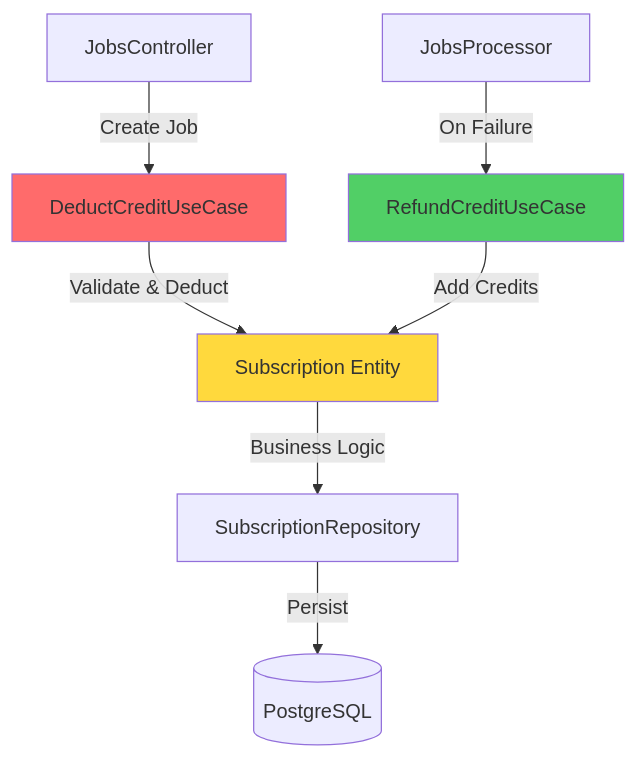
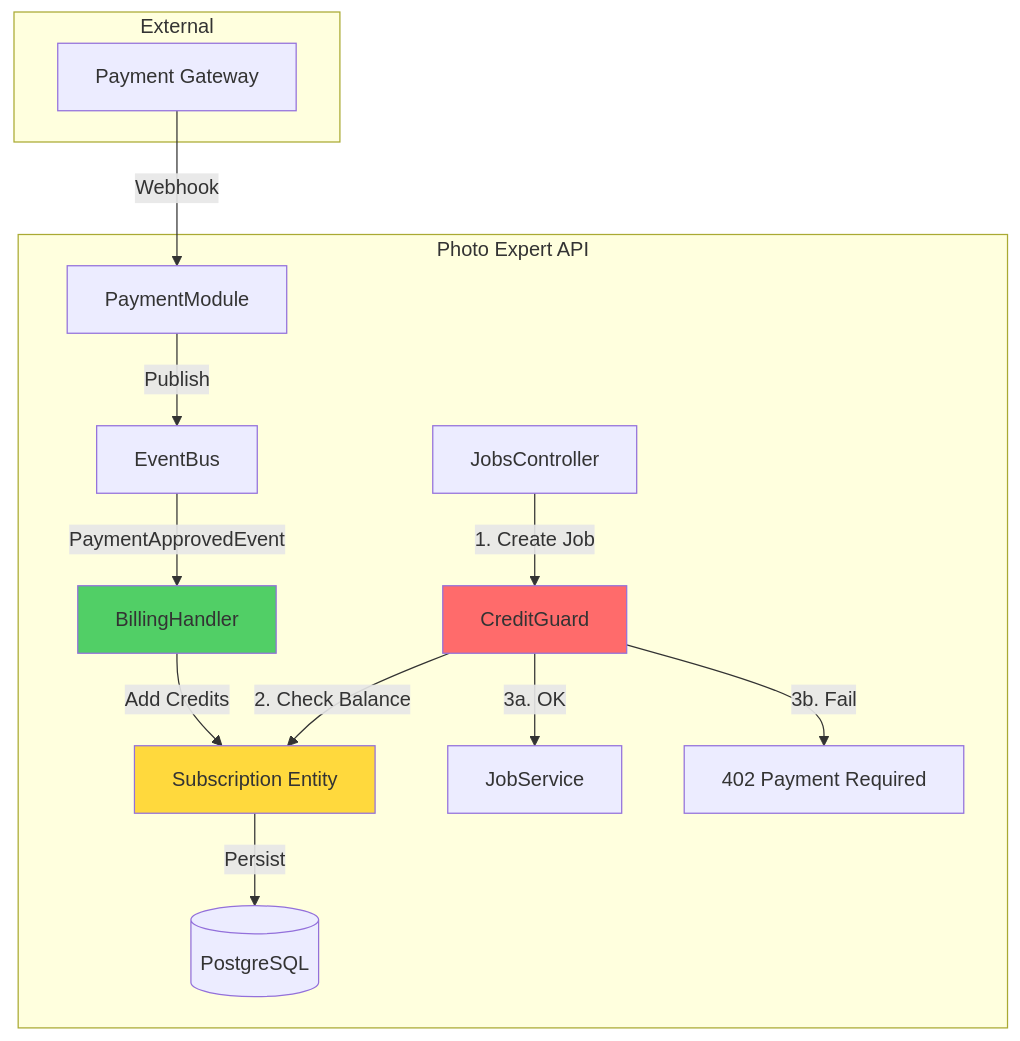
One commit to Carlos7847/API_AURAPIC changed the diagram in src/modules/billing/README.md. Above: the diagram before and after it, drawn with Mermaid. The commit also changed other lines of this file and 3 other files, not shown here.

Commit message:
docs: Add initial README documentation for the project overview, payments, billing, and jobs modules.

````diff
--- a/src/modules/billing/README.md
+++ b/src/modules/billing/README.md
@@ -11,14 +26,24 @@
 ```mermaid
 graph TB
-    Controller[JobsController] -->|Create Job| DeductUC[DeductCreditUseCase]
-    DeductUC -->|Validate & Deduct| SubEntity[Subscription Entity]
-    SubEntity -->|Business Logic| SubRepo[SubscriptionRepository]
-    SubRepo -->|Persist| DB[(PostgreSQL)]
+    subgraph "External"
+        Stripe[Payment Gateway]
+    end
 
-    Worker[JobsProcessor] -->|On Failure| RefundUC[RefundCreditUseCase]
-    RefundUC -->|Add Credits| SubEntity
+    subgraph "Photo Expert API"
+        Controller[JobsController] -->|1. Create Job| CreditGuard
+        CreditGuard -->|2. Check Balance| SubEntity[Subscription Entity]
+
+        CreditGuard -->|3a. OK| JobService
+        CreditGuard -->|3b. Fail| Error[402 Payment Required]
+
+        Stripe -->|Webhook| PaymentModule
+        PaymentModule -->|Publish| EventBus
+        EventBus -->|PaymentApprovedEvent| BillingHandler
+        BillingHandler -->|Add Credits| SubEntity
+        SubEntity -->|Persist| DB[(PostgreSQL)]
+    end
 
     style SubEntity fill:#ffd93d
-    style DeductUC fill:#ff6b6b
-    style RefundUC fill:#51cf66
+    style CreditGuard fill:#ff6b6b
+    style BillingHandler fill:#51cf66
 ```
````
